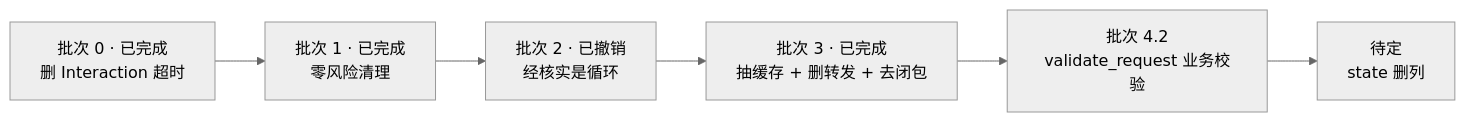
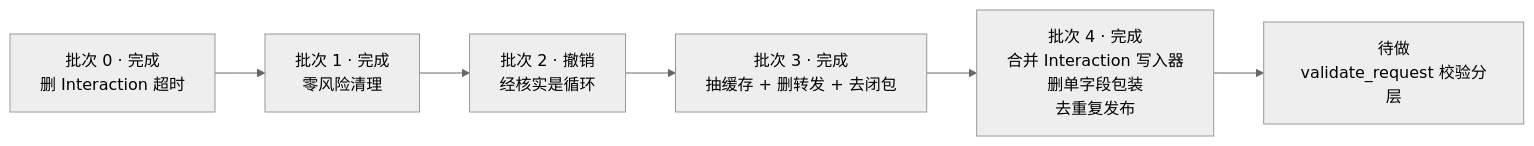
The diagram in docs/session-layer-cleanup-plan.md (genesiscosmos/downcity), drawn with Mermaid (neutral theme) before and after one commit. The commit also changed other lines of this file and 23 other files, not shown here.

First line of the commit message:
refactor(session): 合并 Interaction 写入器，删除单字段包装与重复发布

````diff
--- a/docs/session-layer-cleanup-plan.md
+++ b/docs/session-layer-cleanup-plan.md
@@ -319,8 +343,8 @@
 ```mermaid
 flowchart LR
-    A[批次 0 · 已完成<br/>删 Interaction 超时] --> B[批次 1 · 已完成<br/>零风险清理]
-    B --> C[批次 2 · 已撤销<br/>经核实是循环]
-    C --> D[批次 3 · 已完成<br/>抽缓存 + 删转发 + 去闭包]
-    D --> E[批次 4.2<br/>validate_request 业务校验]
-    E --> F[待定<br/>state 删列]
+    A[批次 0 · 完成<br/>删 Interaction 超时] --> B[批次 1 · 完成<br/>零风险清理]
+    B --> C[批次 2 · 撤销<br/>经核实是循环]
+    C --> D[批次 3 · 完成<br/>抽缓存 + 删转发 + 去闭包]
+    D --> E[批次 4 · 完成<br/>合并 Interaction 写入器<br/>删单字段包装<br/>去重复发布]
+    E --> F[待做<br/>validate_request 校验分层]
 ```
````
